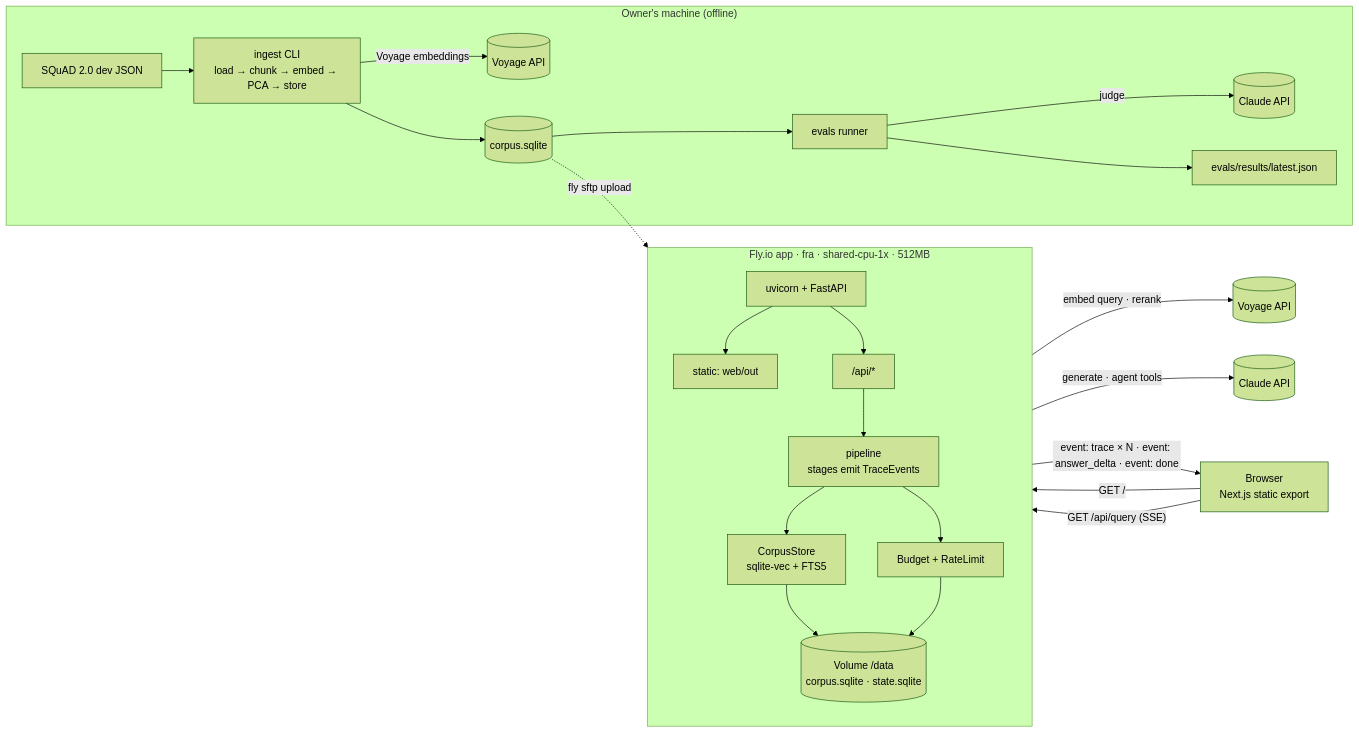
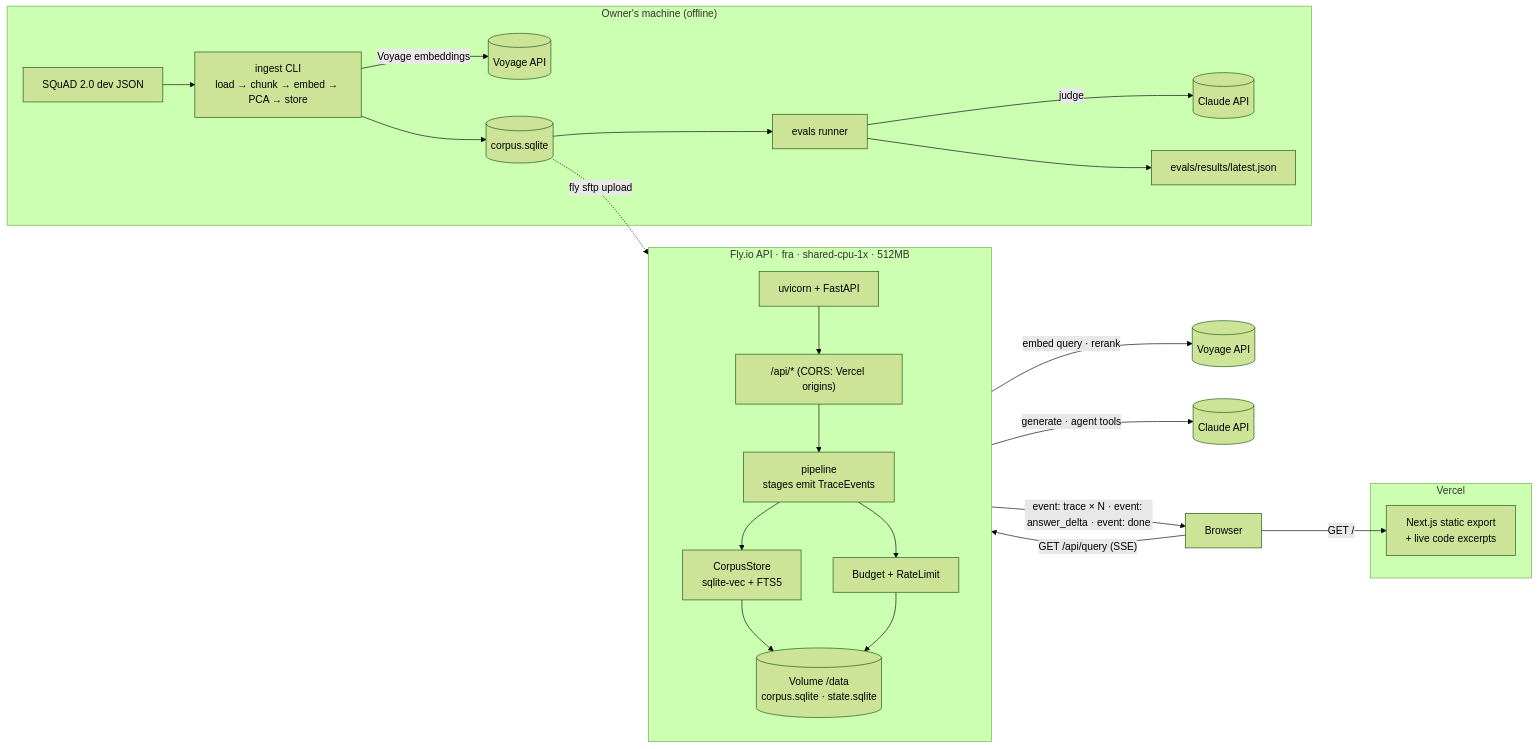
One commit to highnet/highnet-rag changed the diagram in docs/ARCHITECTURE.md. Above: the diagram before and after it, drawn with Mermaid (forest theme). The commit also changed other lines of this file and 14 other files, not shown here.

First line of the commit message:
Deploy the web app on Vercel and keep the API on Fly

````diff
--- a/docs/ARCHITECTURE.md
+++ b/docs/ARCHITECTURE.md
@@ -7,31 +7,34 @@
 ```mermaid
 flowchart LR
   subgraph Local["Owner's machine (offline)"]
     SQ[SQuAD 2.0 dev JSON] --> ING[ingest CLI<br/>load → chunk → embed → PCA → store]
     ING -->|Voyage embeddings| VOY1[(Voyage API)]
     ING --> CDB[(corpus.sqlite)]
     CDB --> EV[evals runner]
     EV -->|judge| CL1[(Claude API)]
     EV --> EJ[evals/results/latest.json]
   end
 
   CDB -. "fly sftp upload" .-> VOL
 
-  subgraph Fly["Fly.io app · fra · shared-cpu-1x · 512MB"]
+  subgraph Vercel["Vercel"]
+    ST[Next.js static export<br/>+ live code excerpts]
+  end
+
+  subgraph Fly["Fly.io API · fra · shared-cpu-1x · 512MB"]
     direction TB
-    UV[uvicorn + FastAPI] --> ST[static: web/out]
-    UV --> API["/api/*"]
+    UV[uvicorn + FastAPI] --> API["/api/* (CORS: Vercel origins)"]
     API --> PIPE[pipeline<br/>stages emit TraceEvents]
     PIPE --> STORE[CorpusStore<br/>sqlite-vec + FTS5]
     PIPE --> BUD[Budget + RateLimit]
     STORE --> VOL[(Volume /data<br/>corpus.sqlite · state.sqlite)]
     BUD --> VOL
   end
 
   PIPE -->|embed query · rerank| VOY2[(Voyage API)]
   PIPE -->|generate · agent tools| CL2[(Claude API)]
 
-  B[Browser<br/>Next.js static export] -->|GET /| ST
+  B[Browser] -->|GET /| ST
   B -->|"GET /api/query (SSE)"| API
   API -->|"event: trace × N · event: answer_delta · event: done"| B
 ```
````
